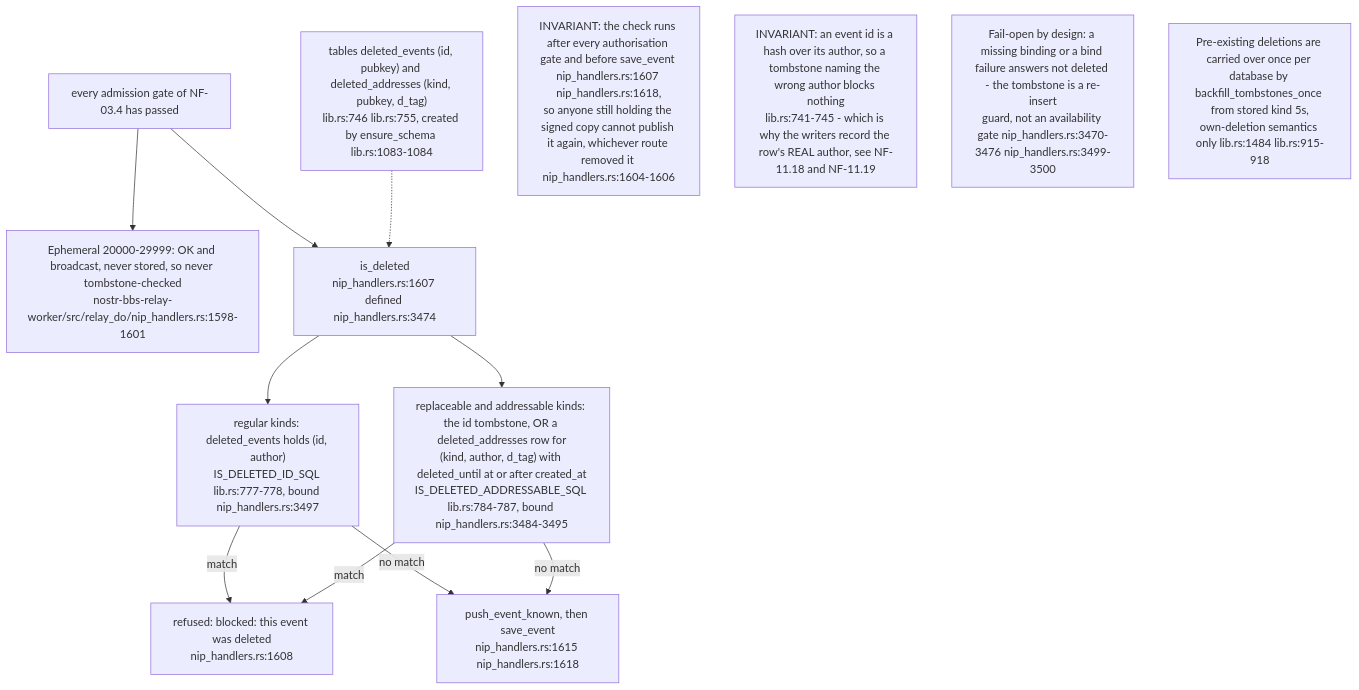
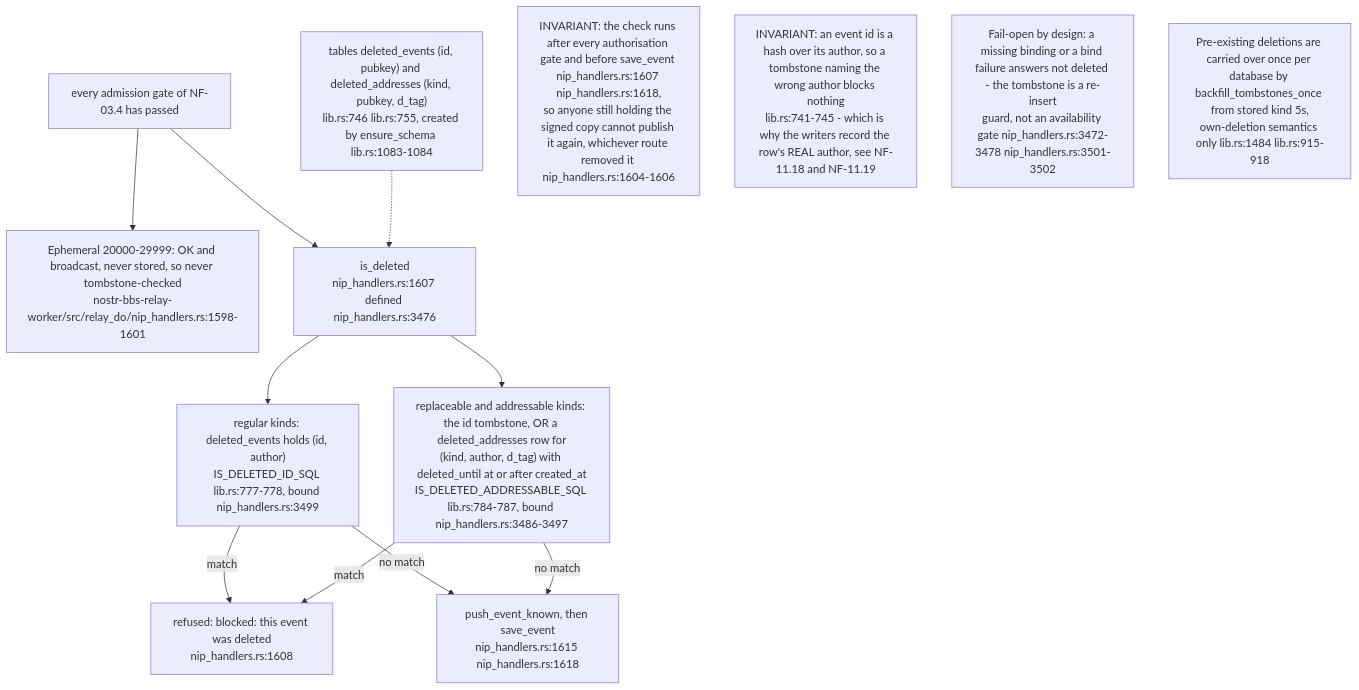
Before and after one commit to DreamLab-AI/VisionFlow: diagram 16 of 16 in docs/diagrams/nostr-rust-forum/03-relay-worker-admission-auth-and-trust.md, drawn with Mermaid. The commit also changed other lines of this file and 11 other files, not shown here.

````diff
--- a/docs/diagrams/nostr-rust-forum/03-relay-worker-admission-auth-and-trust.md
+++ b/docs/diagrams/nostr-rust-forum/03-relay-worker-admission-auth-and-trust.md
@@ -507,25 +507,25 @@
 ```mermaid
 flowchart TB
     GATES["every admission gate of NF-03.4 has passed"]
     EPH["Ephemeral 20000-29999: OK and broadcast, never stored, so never tombstone-checked<br/>nostr-bbs-relay-worker/src/relay_do/nip_handlers.rs:1598-1601"]
-    ISD["is_deleted<br/>nip_handlers.rs:1607 defined nip_handlers.rs:3474"]
-    REG["regular kinds: deleted_events holds (id, author)<br/>IS_DELETED_ID_SQL lib.rs:777-778, bound nip_handlers.rs:3497"]
-    ADR["replaceable and addressable kinds: the id tombstone, OR a deleted_addresses row for<br/>(kind, author, d_tag) with deleted_until at or after created_at<br/>IS_DELETED_ADDRESSABLE_SQL lib.rs:784-787, bound nip_handlers.rs:3484-3495"]
+    ISD["is_deleted<br/>nip_handlers.rs:1607 defined nip_handlers.rs:3476"]
+    REG["regular kinds: deleted_events holds (id, author)<br/>IS_DELETED_ID_SQL lib.rs:777-778, bound nip_handlers.rs:3499"]
+    ADR["replaceable and addressable kinds: the id tombstone, OR a deleted_addresses row for<br/>(kind, author, d_tag) with deleted_until at or after created_at<br/>IS_DELETED_ADDRESSABLE_SQL lib.rs:784-787, bound nip_handlers.rs:3486-3497"]
     REF["refused: blocked: this event was deleted<br/>nip_handlers.rs:1608"]
     SAVE["push_event_known, then save_event<br/>nip_handlers.rs:1615 nip_handlers.rs:1618"]
     TBL["tables deleted_events (id, pubkey) and deleted_addresses (kind, pubkey, d_tag)<br/>lib.rs:746 lib.rs:755, created by ensure_schema lib.rs:1083-1084"]
 
     GATES --> EPH
     GATES --> ISD
     ISD --> REG & ADR
     REG -->|"match"| REF
     ADR -->|"match"| REF
     REG -->|"no match"| SAVE
     ADR -->|"no match"| SAVE
     TBL -.-> ISD
 
     N1["INVARIANT: the check runs after every authorisation gate and before save_event nip_handlers.rs:1607 nip_handlers.rs:1618,<br/>so anyone still holding the signed copy cannot publish it again, whichever route removed it nip_handlers.rs:1604-1606"]
     N2["INVARIANT: an event id is a hash over its author, so a tombstone naming the wrong author blocks nothing<br/>lib.rs:741-745 - which is why the writers record the row's REAL author, see NF-11.18 and NF-11.19"]
-    N3["Fail-open by design: a missing binding or a bind failure answers not deleted - the tombstone is a re-insert<br/>guard, not an availability gate nip_handlers.rs:3470-3476 nip_handlers.rs:3499-3500"]
+    N3["Fail-open by design: a missing binding or a bind failure answers not deleted - the tombstone is a re-insert<br/>guard, not an availability gate nip_handlers.rs:3472-3478 nip_handlers.rs:3501-3502"]
     N4["Pre-existing deletions are carried over once per database by backfill_tombstones_once from stored kind 5s,<br/>own-deletion semantics only lib.rs:1484 lib.rs:915-918"]
 ```
````
